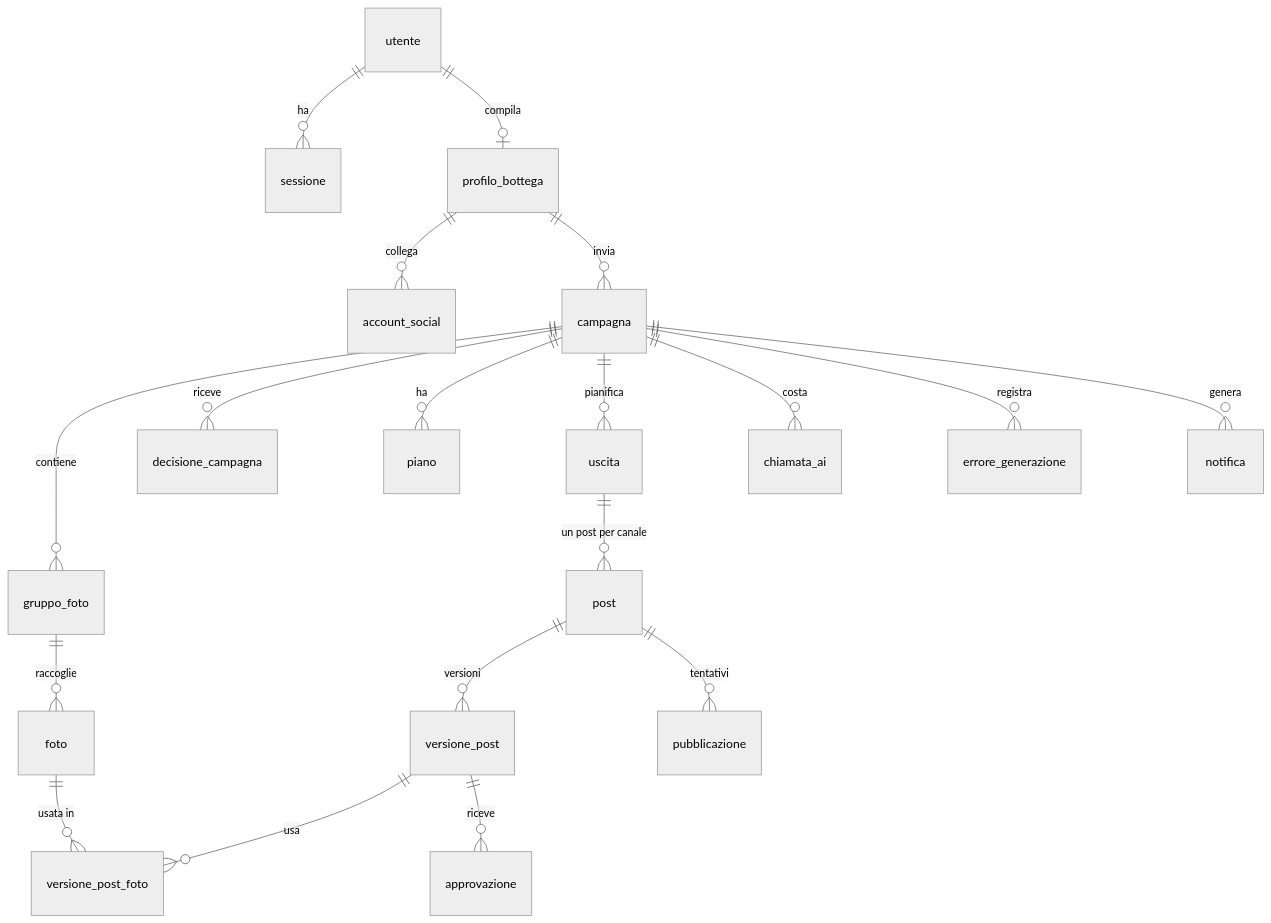
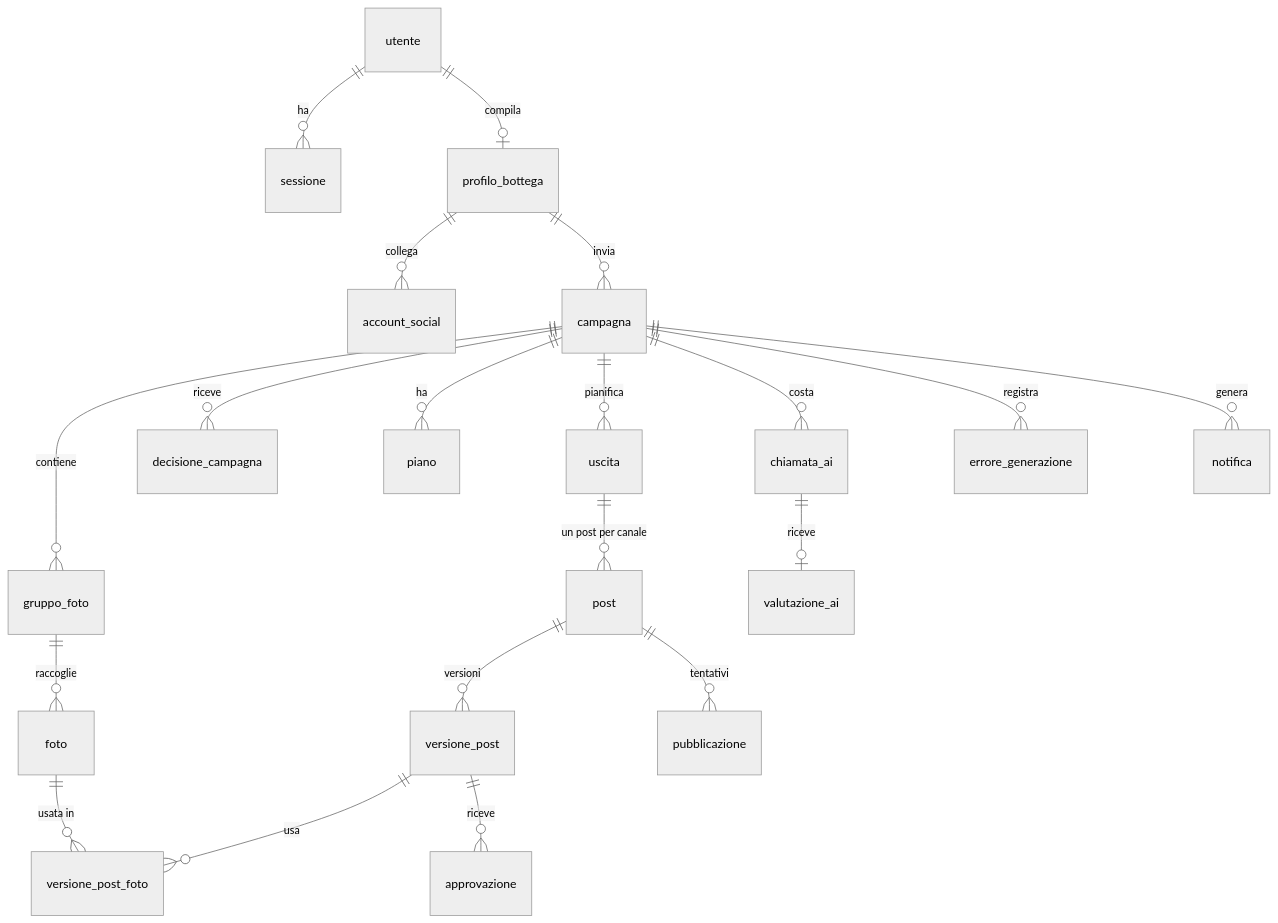
Before and after one commit to Full-Stack-AI-ADFlow-Suite-Project/adflow-suite: the fifth of 5 diagrams in docs/proposta-tecnica.md, drawn with Mermaid (neutral theme). The commit also changed other lines of this file and 1 other file, not shown here.

````diff
--- a/docs/proposta-tecnica.md
+++ b/docs/proposta-tecnica.md
@@ -256,21 +261,22 @@
 ```mermaid
 erDiagram
   utente ||--o{ sessione : ha
   utente ||--o| profilo_bottega : compila
   profilo_bottega ||--o{ account_social : collega
   profilo_bottega ||--o{ campagna : invia
   campagna ||--o{ gruppo_foto : contiene
   gruppo_foto ||--o{ foto : raccoglie
   campagna ||--o{ decisione_campagna : riceve
   campagna ||--o{ piano : ha
   campagna ||--o{ uscita : pianifica
   uscita ||--o{ post : "un post per canale"
   post ||--o{ versione_post : versioni
   versione_post ||--o{ versione_post_foto : usa
   foto ||--o{ versione_post_foto : "usata in"
   versione_post ||--o{ approvazione : riceve
   post ||--o{ pubblicazione : tentativi
   campagna ||--o{ chiamata_ai : costa
+  chiamata_ai ||--o| valutazione_ai : riceve
   campagna ||--o{ errore_generazione : registra
   campagna ||--o{ notifica : genera
 ```
````
